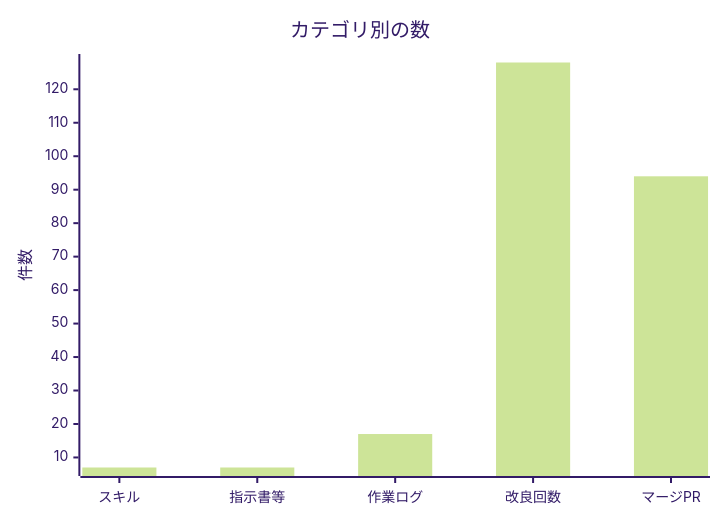
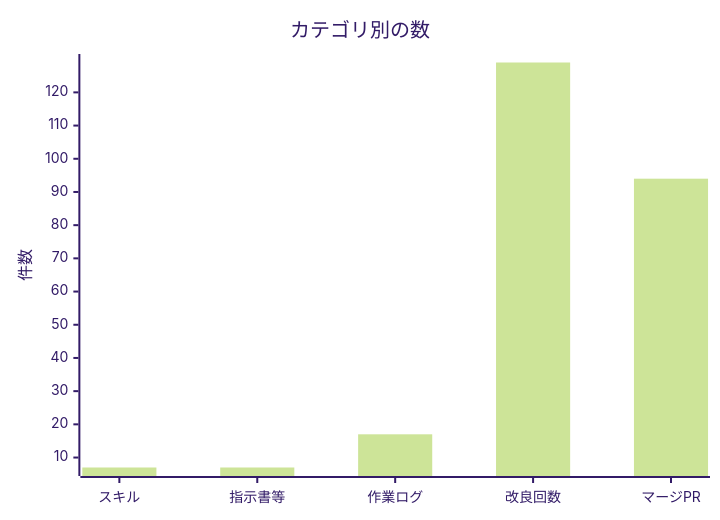
One commit to non-x2/non-x2 changed the second of 2 diagrams in docs/進化レポート.md. Above: the diagram before and after it, drawn with Mermaid (forest theme). The commit also changed other lines of this file and 1 other file, not shown here.

````diff
--- a/docs/進化レポート.md
+++ b/docs/進化レポート.md
@@ -35,7 +35,7 @@
 ```mermaid
 xychart-beta
     title "カテゴリ別の数"
     x-axis ["スキル", "指示書等", "作業ログ", "改良回数", "マージPR"]
     y-axis "件数"
-    bar [7, 7, 17, 128, 94]
+    bar [7, 7, 17, 129, 94]
 ```
````
